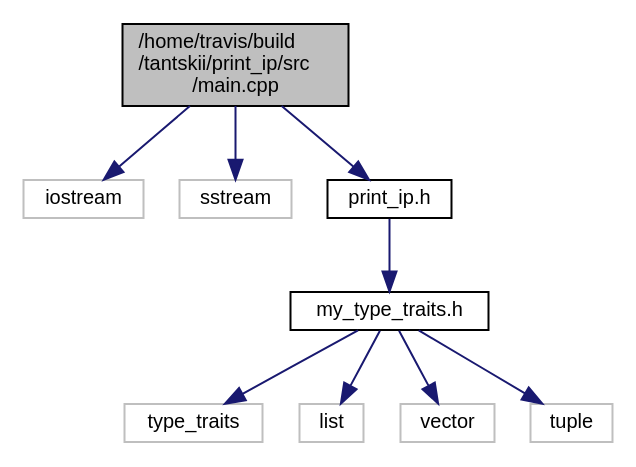
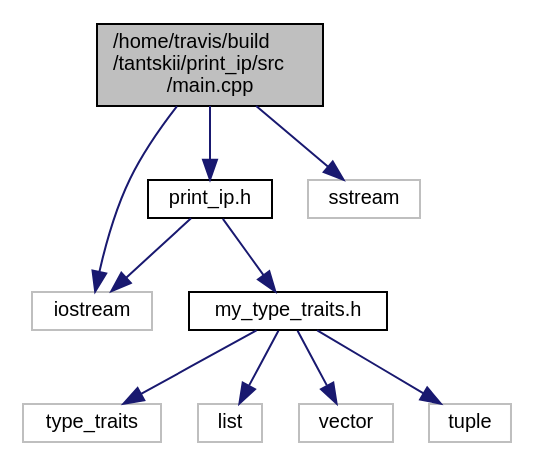
The diagram in main_8cpp__incl.dot (tantskii/print_ip), drawn with Graphviz before and after one commit. The commit also changed 32 other files, not shown here.

```diff
--- a/main_8cpp__incl.dot
+++ b/main_8cpp__incl.dot
@@ -1,22 +1,23 @@
 digraph "/home/travis/build/tantskii/print_ip/src/main.cpp"
 {
   edge [fontname="Helvetica",fontsize="10",labelfontname="Helvetica",labelfontsize="10"];
   node [fontname="Helvetica",fontsize="10",shape=record];
   Node1 [label="/home/travis/build\l/tantskii/print_ip/src\l/main.cpp",height=0.2,width=0.4,color="black", fillcolor="grey75", style="filled", fontcolor="black"];
   Node1 -> Node2 [color="midnightblue",fontsize="10",style="solid",fontname="Helvetica"];
-  Node2 [label="iostream",height=0.2,width=0.4,color="grey75", fillcolor="white", style="filled"];
+  Node2 [label="print_ip.h",height=0.2,width=0.4,color="black", fillcolor="white", style="filled",URL="$print__ip_8h.html",tooltip="Заголовочный файл с реализацией функций печати ip-адреса через механизм SFINAE. "];
+  Node2 -> Node3 [color="midnightblue",fontsize="10",style="solid",fontname="Helvetica"];
+  Node3 [label="iostream",height=0.2,width=0.4,color="grey75", fillcolor="white", style="filled"];
+  Node2 -> Node4 [color="midnightblue",fontsize="10",style="solid",fontname="Helvetica"];
+  Node4 [label="my_type_traits.h",height=0.2,width=0.4,color="black", fillcolor="white", style="filled",URL="$my__type__traits_8h.html",tooltip="Заголовочный файл с реализацией стуктур для проверок типа данных "];
+  Node4 -> Node5 [color="midnightblue",fontsize="10",style="solid",fontname="Helvetica"];
+  Node5 [label="type_traits",height=0.2,width=0.4,color="grey75", fillcolor="white", style="filled"];
+  Node4 -> Node6 [color="midnightblue",fontsize="10",style="solid",fontname="Helvetica"];
+  Node6 [label="list",height=0.2,width=0.4,color="grey75", fillcolor="white", style="filled"];
+  Node4 -> Node7 [color="midnightblue",fontsize="10",style="solid",fontname="Helvetica"];
+  Node7 [label="vector",height=0.2,width=0.4,color="grey75", fillcolor="white", style="filled"];
+  Node4 -> Node8 [color="midnightblue",fontsize="10",style="solid",fontname="Helvetica"];
+  Node8 [label="tuple",height=0.2,width=0.4,color="grey75", fillcolor="white", style="filled"];
   Node1 -> Node3 [color="midnightblue",fontsize="10",style="solid",fontname="Helvetica"];
-  Node3 [label="sstream",height=0.2,width=0.4,color="grey75", fillcolor="white", style="filled"];
-  Node1 -> Node4 [color="midnightblue",fontsize="10",style="solid",fontname="Helvetica"];
-  Node4 [label="print_ip.h",height=0.2,width=0.4,color="black", fillcolor="white", style="filled",URL="$print__ip_8h.html"];
-  Node4 -> Node5 [color="midnightblue",fontsize="10",style="solid",fontname="Helvetica"];
-  Node5 [label="my_type_traits.h",height=0.2,width=0.4,color="black", fillcolor="white", style="filled",URL="$my__type__traits_8h.html"];
-  Node5 -> Node6 [color="midnightblue",fontsize="10",style="solid",fontname="Helvetica"];
-  Node6 [label="type_traits",height=0.2,width=0.4,color="grey75", fillcolor="white", style="filled"];
-  Node5 -> Node7 [color="midnightblue",fontsize="10",style="solid",fontname="Helvetica"];
-  Node7 [label="list",height=0.2,width=0.4,color="grey75", fillcolor="white", style="filled"];
-  Node5 -> Node8 [color="midnightblue",fontsize="10",style="solid",fontname="Helvetica"];
-  Node8 [label="vector",height=0.2,width=0.4,color="grey75", fillcolor="white", style="filled"];
-  Node5 -> Node9 [color="midnightblue",fontsize="10",style="solid",fontname="Helvetica"];
-  Node9 [label="tuple",height=0.2,width=0.4,color="grey75", fillcolor="white", style="filled"];
+  Node1 -> Node9 [color="midnightblue",fontsize="10",style="solid",fontname="Helvetica"];
+  Node9 [label="sstream",height=0.2,width=0.4,color="grey75", fillcolor="white", style="filled"];
 }
```
